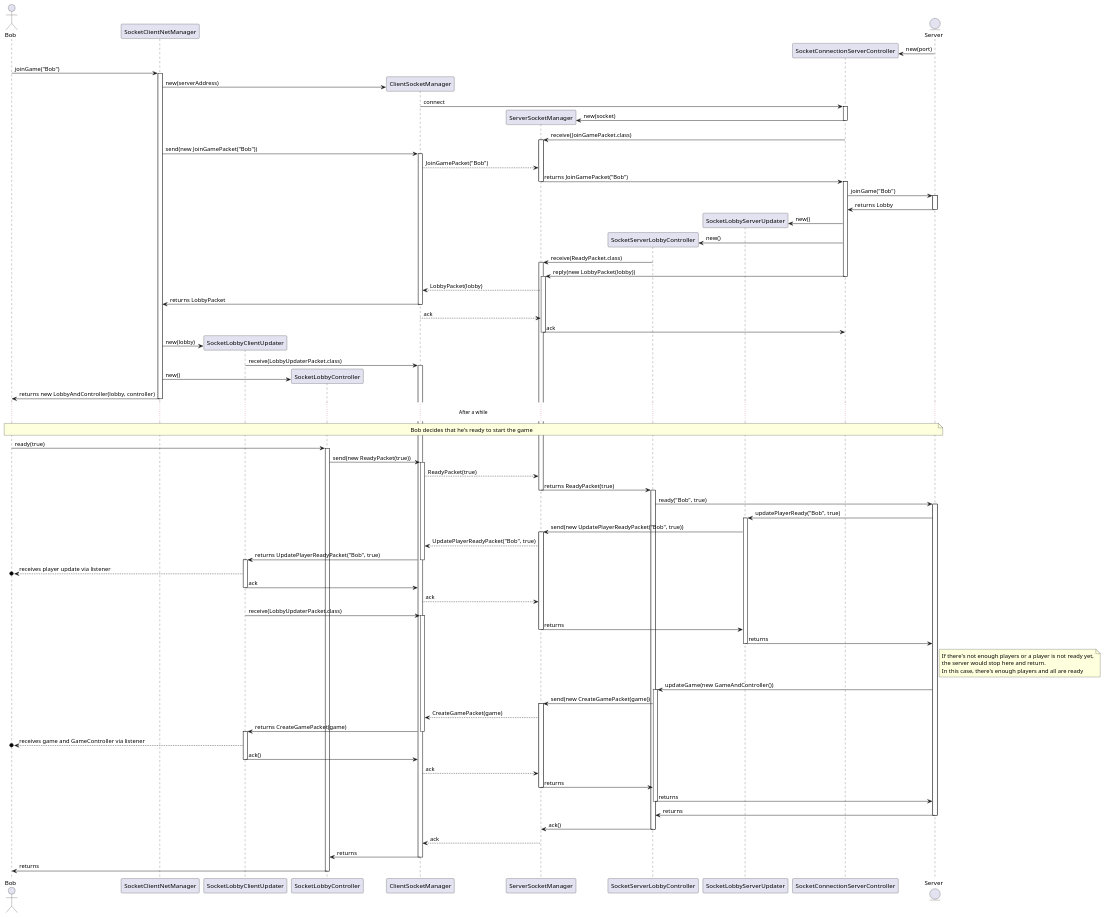
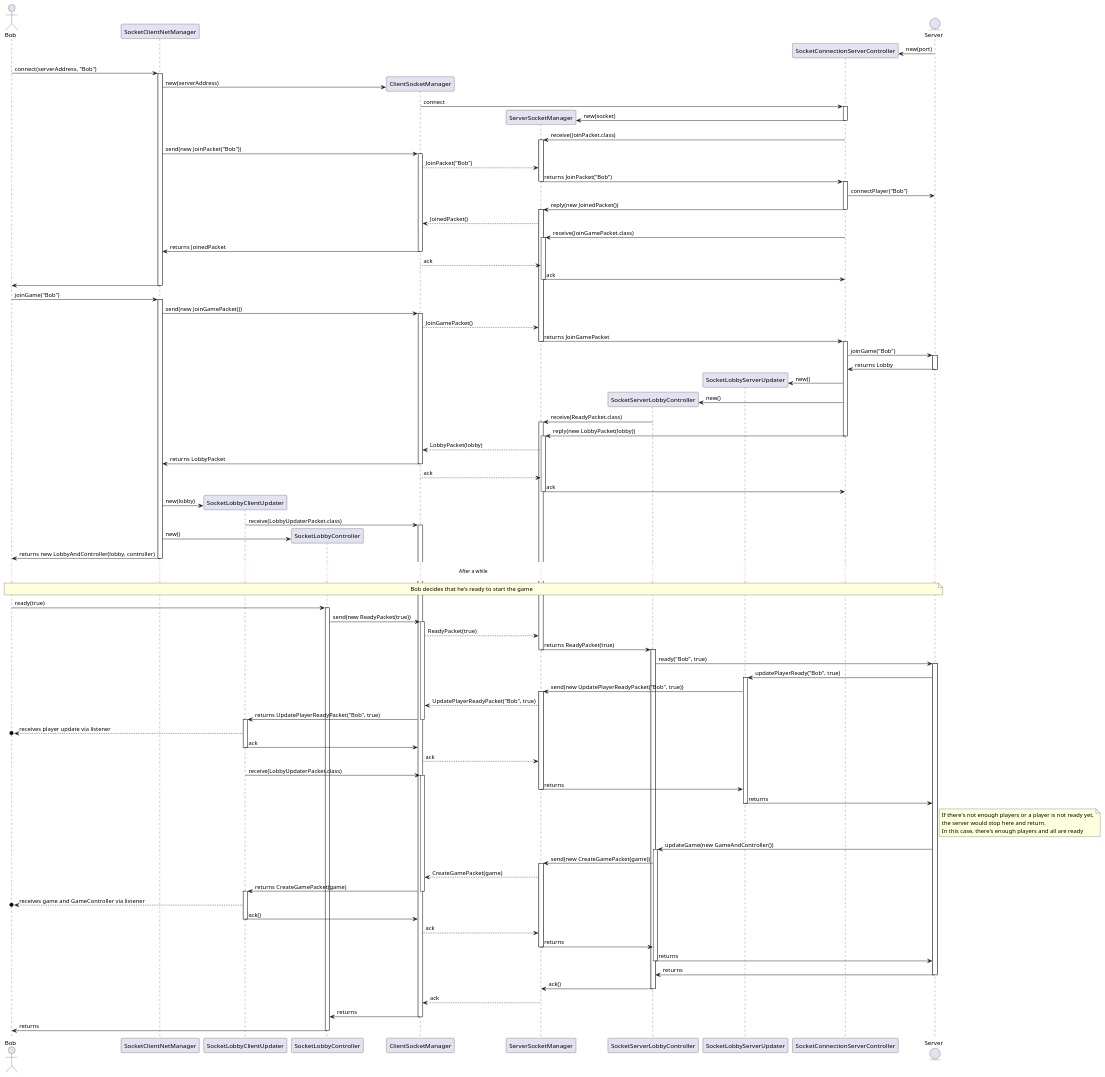
Before and after one commit to Furrrlo/my-shelfie: the diagram in deliverables/network/game_access.puml, drawn with PlantUML. The commit also changed 2 other files, not shown here.

Commit message:
Update game_access network sequence diagram

```diff
--- a/deliverables/network/game_access.puml
+++ b/deliverables/network/game_access.puml
@@ -1,78 +1,91 @@
 @startuml
 actor       Bob                              as client
 participant SocketClientNetManager           as clientNetManager
 participant SocketLobbyClientUpdater         as clientLobbyUpdater
 participant SocketLobbyController            as clientLobbyController
 participant ClientSocketManager              as clientSocketManager
 participant ServerSocketManager              as serverSocketManager
 participant SocketServerLobbyController      as serverLobbyController
 participant SocketLobbyServerUpdater         as serverLobbyUpdater
 participant SocketConnectionServerController as serverController
 entity      Server                           as server
 
 create serverController
 server -> serverController : new(port)
 
-client -> clientNetManager ++ : joinGame("Bob")
+client -> clientNetManager ++ : connect(serverAddress, "Bob")
 clientNetManager -> clientSocketManager ** : new(serverAddress)
 clientSocketManager -> serverController ++ : connect
 serverSocketManager <- serverController ** : new(socket)
 deactivate serverController
-serverSocketManager <- serverController ++ : receive(JoinGamePacket.class)
-clientNetManager -> clientSocketManager ++ : send(new JoinGamePacket("Bob"))
-clientSocketManager --> serverSocketManager : JoinGamePacket("Bob")
-serverSocketManager -> serverController --++ : returns JoinGamePacket("Bob")
+serverSocketManager <- serverController ++ : receive(JoinPacket.class)
+clientNetManager -> clientSocketManager ++ : send(new JoinPacket("Bob"))
+clientSocketManager --> serverSocketManager : JoinPacket("Bob")
+serverSocketManager -> serverController --++ : returns JoinPacket("Bob")
+serverController -> server : connectPlayer("Bob")
+serverController -> serverSocketManager --++ : reply(new JoinedPacket())
+serverSocketManager --> clientSocketManager : JoinedPacket()
+serverController -> serverSocketManager ++ : receive(JoinGamePacket.class)
+clientSocketManager -> clientNetManager -- : returns JoinedPacket
+clientSocketManager --> serverSocketManager : ack
+serverSocketManager -> serverController -- : ack
+clientNetManager -> client --
+
+client -> clientNetManager ++ : joinGame("Bob")
+clientNetManager -> clientSocketManager ++ : send(new JoinGamePacket())
+clientSocketManager --> serverSocketManager : JoinGamePacket()
+serverSocketManager -> serverController --++ : returns JoinGamePacket
 serverController -> server ++ : joinGame("Bob")
 serverController <- server -- : returns Lobby
 serverController -> serverLobbyUpdater ** : new()
 serverController -> serverLobbyController ** : new()
 serverLobbyController -> serverSocketManager ++ : receive(ReadyPacket.class)
 serverSocketManager <- serverController --++ : reply(new LobbyPacket(lobby))
 clientSocketManager <-- serverSocketManager : LobbyPacket(lobby)
 clientNetManager <- clientSocketManager -- : returns LobbyPacket
 clientSocketManager --> serverSocketManager : ack
 serverSocketManager -> serverController -- : ack
 clientNetManager -> clientLobbyUpdater ** : new(lobby)
 clientLobbyUpdater -> clientSocketManager ++ : receive(LobbyUpdaterPacket.class)
 clientNetManager -> clientLobbyController ** : new()
 clientNetManager -> client -- : returns new LobbyAndController(lobby, controller)
 
 ... After a while ...
 note across : Bob decides that he's ready to start the game
 
 client -> clientLobbyController ++ : ready(true)
 clientLobbyController -> clientSocketManager ++ : send(new ReadyPacket(true))
 clientSocketManager --> serverSocketManager : ReadyPacket(true)
 serverSocketManager -> serverLobbyController --++ : returns ReadyPacket(true)
 serverLobbyController -> server ++ : ready("Bob", true)
 serverLobbyUpdater <- server ++ : updatePlayerReady("Bob", true)
 serverSocketManager <- serverLobbyUpdater ++ : send(new UpdatePlayerReadyPacket("Bob", true))
 clientSocketManager <-- serverSocketManager : UpdatePlayerReadyPacket("Bob", true)
 clientLobbyUpdater <- clientSocketManager --++ : returns UpdatePlayerReadyPacket("Bob", true)
 client o<-- clientLobbyUpdater : receives player update via listener
 clientLobbyUpdater -> clientSocketManager -- : ack
 clientSocketManager --> serverSocketManager : ack
 clientLobbyUpdater -> clientSocketManager ++ : receive(LobbyUpdaterPacket.class)
 serverSocketManager -> serverLobbyUpdater -- : returns
 serverLobbyUpdater -> server -- : returns
 note right of server
     If there's not enough players or a player is not ready yet,
     the server would stop here and return.
     In this case, there's enough players and all are ready
 end note
 serverLobbyController <- server ++ : updateGame(new GameAndController())
 serverSocketManager <- serverLobbyController ++ : send(new CreateGamePacket(game))
 clientSocketManager <-- serverSocketManager : CreateGamePacket(game)
 clientLobbyUpdater <- clientSocketManager --++ : returns CreateGamePacket(game)
 client o<-- clientLobbyUpdater : receives game and GameController via listener
 clientLobbyUpdater -> clientSocketManager -- : ack()
 clientSocketManager --> serverSocketManager : ack
 serverSocketManager -> serverLobbyController -- : returns
 serverLobbyController -> server -- : returns
 serverLobbyController <- server -- : returns
 serverSocketManager <- serverLobbyController -- : ack()
 clientSocketManager <-- serverSocketManager : ack
 clientLobbyController <- clientSocketManager -- : returns
 client <- clientLobbyController -- : returns
 
 @enduml
```
